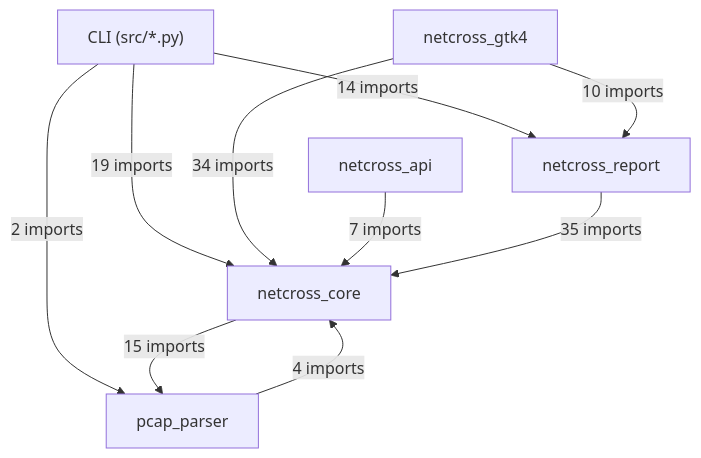
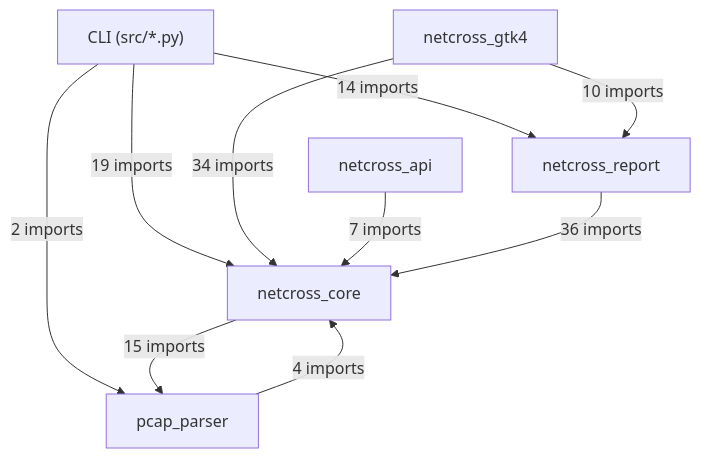
One commit to MathildeDec/Netcross changed the first of 16 diagrams in docs/class-diagram.md. Above: the diagram before and after it, drawn with Mermaid. The commit also changed 1 other file, not shown here.

Commit message:
feat(#299): câblage _() dans path_metrics.py
Import i18n.setup_gettext('netcross-report').
Chaînes wrappées : 'Aucun segment exploitable', 'Aucune metrique
de qualite mesurable', 'Segment le plus degrade', delai P95,
gigue, paquet(s) perdu(s), aucune metrique chiffree.

3167 tests passent.

````diff
--- a/docs/class-diagram.md
+++ b/docs/class-diagram.md
@@ -26,18 +26,18 @@
 ```mermaid
 flowchart TD
     CLI["CLI (src/*.py)"]
     netcross_gtk4["netcross_gtk4"]
     netcross_api["netcross_api"]
     netcross_report["netcross_report"]
     netcross_core["netcross_core"]
     pcap_parser["pcap_parser"]
     CLI -->|"14 imports"| netcross_report
     CLI -->|"19 imports"| netcross_core
     CLI -->|"2 imports"| pcap_parser
     netcross_gtk4 -->|"10 imports"| netcross_report
     netcross_gtk4 -->|"34 imports"| netcross_core
     netcross_api -->|"7 imports"| netcross_core
-    netcross_report -->|"35 imports"| netcross_core
+    netcross_report -->|"36 imports"| netcross_core
     netcross_core -->|"15 imports"| pcap_parser
     pcap_parser -->|"4 imports"| netcross_core
 ```
````
